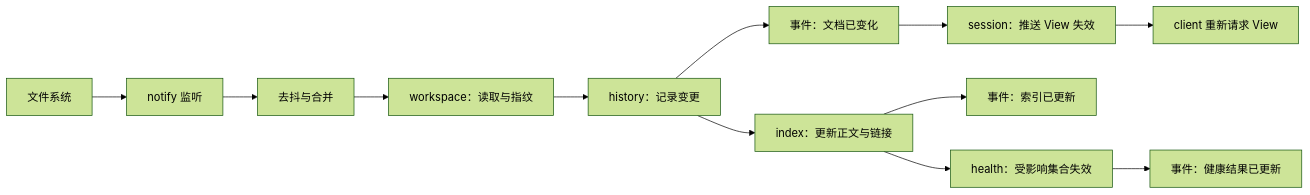
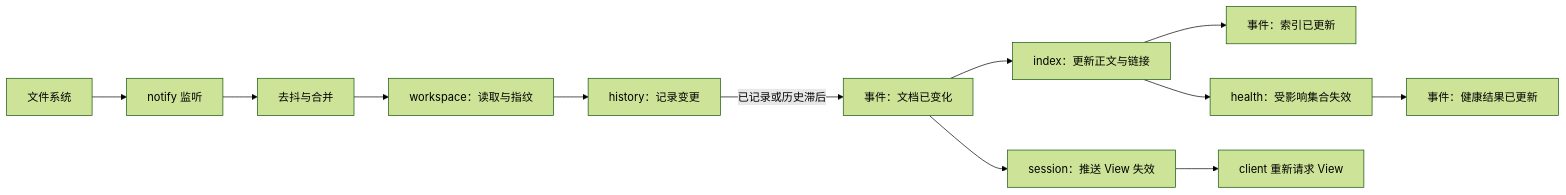
Before and after one commit to Field-888/mdctrl: the diagram in docs/crates/mdctrl-server/index.md, drawn with Mermaid (forest theme). The commit also changed other lines of this file and 9 other files, not shown here.

````diff
--- a/docs/crates/mdctrl-server/index.md
+++ b/docs/crates/mdctrl-server/index.md
@@ -88,14 +88,14 @@
 ```mermaid
 flowchart LR
   FS[文件系统] --> N[notify 监听]
   N --> D[去抖与合并]
   D --> S[workspace：读取与指纹]
   S --> H[history：记录变更]
-  H --> E1[事件：文档已变化]
-  H --> I[index：更新正文与链接]
+  H -->|已记录或历史滞后| E1[事件：文档已变化]
+  E1 --> I[index：更新正文与链接]
   I --> E2[事件：索引已更新]
   I --> HC[health：受影响集合失效]
   HC --> E3[事件：健康结果已更新]
   E1 --> V[session：推送 View 失效]
   V --> C[client 重新请求 View]
 ```
````
